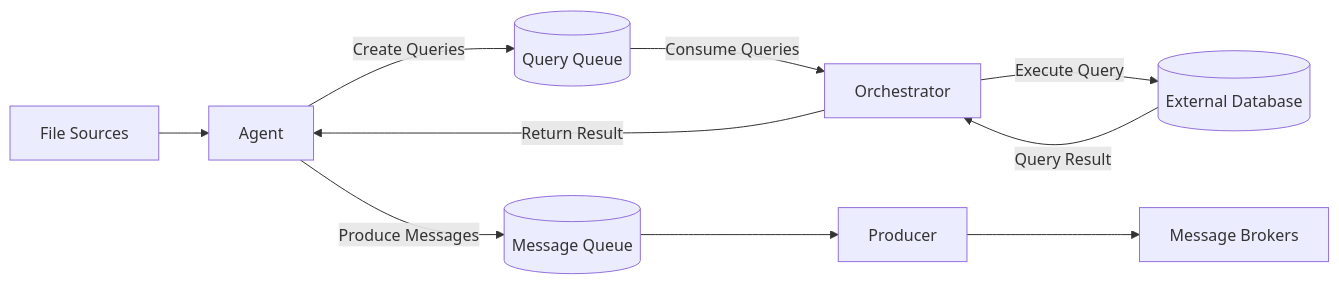
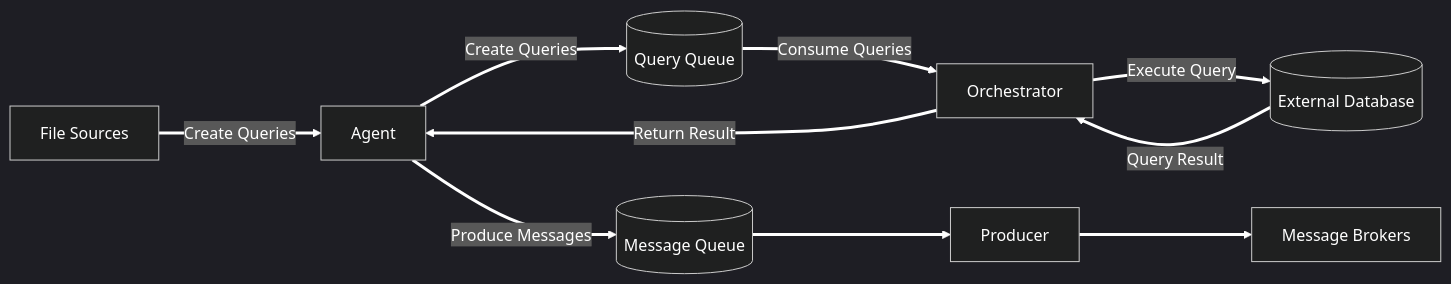
One commit to ZathSL/Apps_logging_app changed the diagram in docs/source/overview/architecture.rst. Above: the diagram before and after it, drawn with Mermaid. The commit also changed 12 other files, not shown here.

```diff
--- a/docs/source/overview/architecture.rst
+++ b/docs/source/overview/architecture.rst
@@ -38,33 +38,37 @@
 .. mermaid::
 
-    graph LR
-        %% Sources
-        FileSources[File Sources]
+   %%{init: {'theme': 'dark', 'themeVariables': { 'primaryColor': '#1e1e1e', 'lineColor': '#ffffff', 'textColor': '#ffffff' }}}%%
+   graph LR
+      %% Sources
+      FileSources[File Sources]
 
-        %% Core components
-        Agent[Agent]
-        Orchestrator[Orchestrator]
-        ExternalDB[(External Database)]
-        Producer[Producer]
-        Brokers[Message Brokers]
+      %% Core components
+      Agent[Agent]
+      Orchestrator[Orchestrator]
+      ExternalDB[(External Database)]
+      Producer[Producer]
+      Brokers[Message Brokers]
 
-        %% Queues
-        QueryQueue[(Query Queue)]
-        MessageQueue[(Message Queue)]
+      %% Queues
+      QueryQueue[(Query Queue)]
+      MessageQueue[(Message Queue)]
 
-        %% File ingestion
-        FileSources --> Agent
+      %% File ingestion
+      FileSources -->|Create Queries| Agent
 
-        %% Query flow
-        Agent -->|Create Queries| QueryQueue
-        QueryQueue -->|Consume Queries| Orchestrator
-        Orchestrator -->|Execute Query| ExternalDB
-        ExternalDB -->|Query Result| Orchestrator
-        Orchestrator -->|Return Result| Agent
+      %% Query flow
+      Agent -->|Create Queries| QueryQueue
+      QueryQueue -->|Consume Queries| Orchestrator
+      Orchestrator -->|Execute Query| ExternalDB
+      ExternalDB -->|Query Result| Orchestrator
+      Orchestrator -->|Return Result| Agent
 
-        %% Message production
-        Agent -->|Produce Messages| MessageQueue
+      %% Message production
+      Agent -->|Produce Messages| MessageQueue
 
-        %% Message distribution
-        MessageQueue --> Producer
-        Producer --> Brokers
+      %% Message distribution
+      MessageQueue --> Producer
+      Producer --> Brokers
+
+      %% Styling links
+      linkStyle default stroke:#ffffff, stroke-width:3px
```
